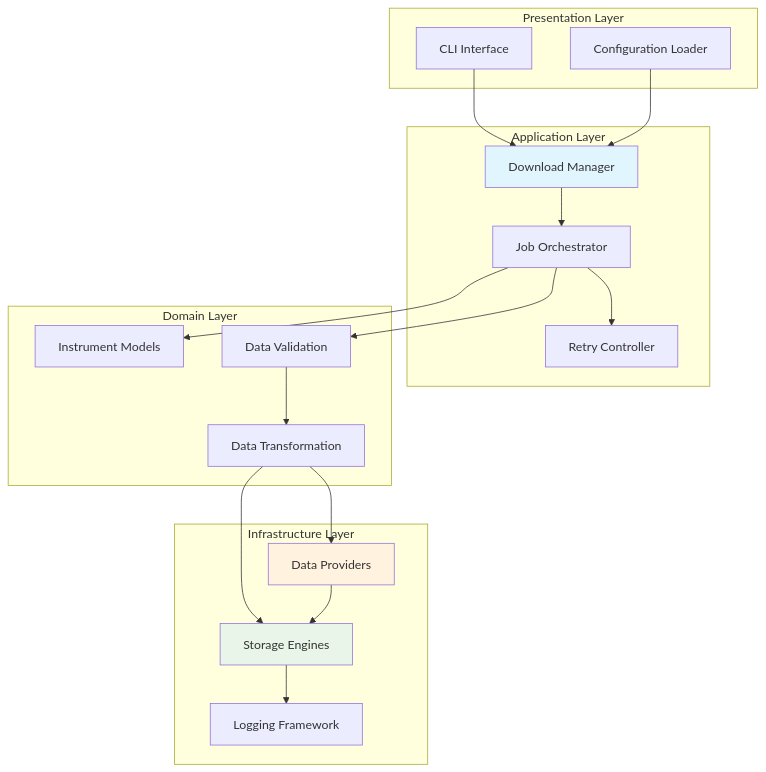
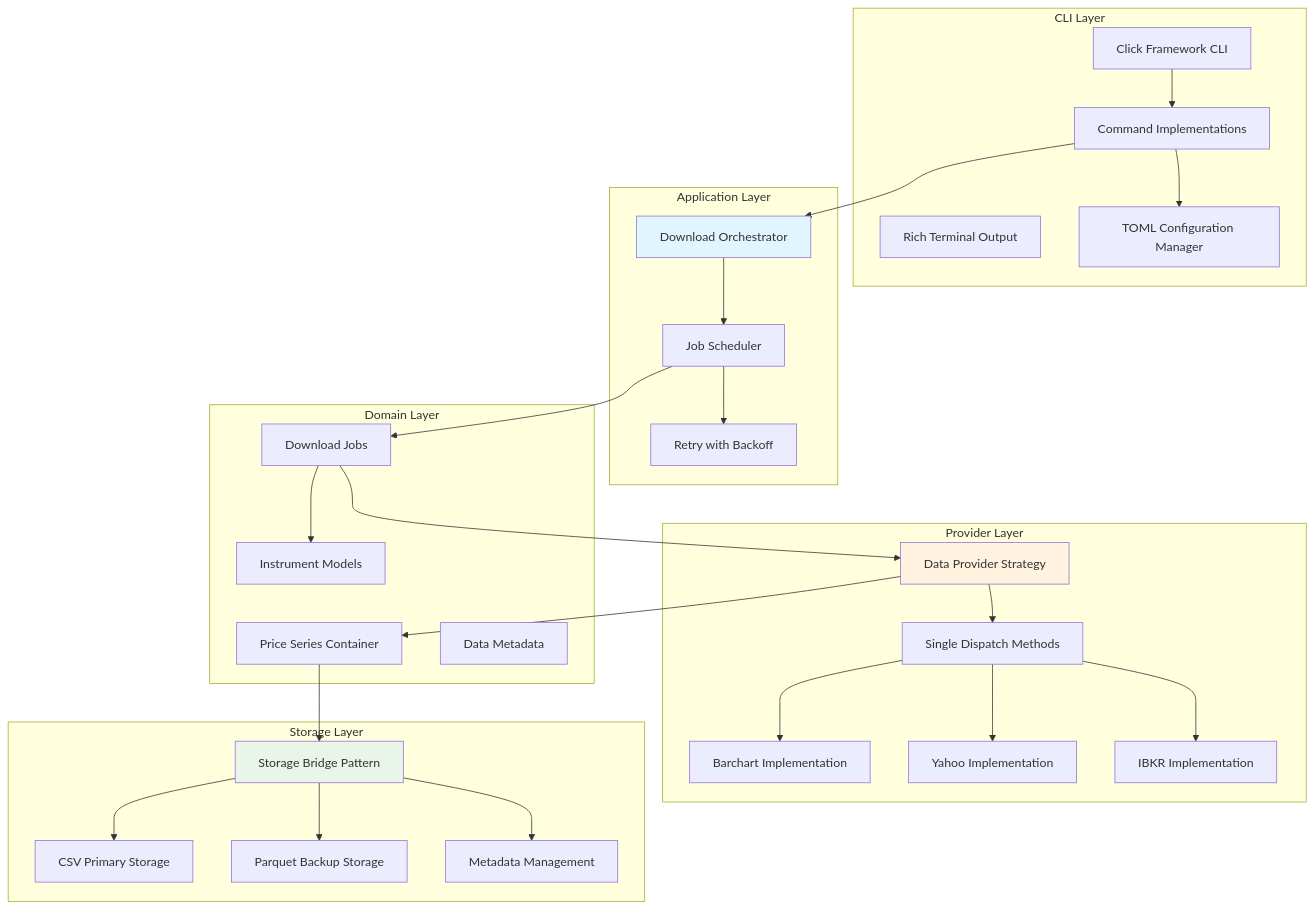
One commit to makutaku/vortex changed the first of 8 diagrams in docs/design/hld/02-component-architecture.md. Above: the diagram before and after it, drawn with Mermaid. The commit also changed other lines of this file, not shown here.

Commit message:
Update component architecture HLD with modern implementation details
- Replace generic architecture with actual Click CLI framework and Rich output
- Update diagrams to show real component relationships and design patterns
- Include TOML configuration manager, single dispatch methods, strategy patterns
- Reflect dual CSV/Parquet storage architecture with bridge pattern
- Update layer organization to match actual codebase structure
- Remove overly complex orchestration not present in implementation

🤖 Generated with [Claude Code](https://claude.ai/code)

````diff
--- a/docs/design/hld/02-component-architecture.md
+++ b/docs/design/hld/02-component-architecture.md
@@ -12,42 +12,59 @@
 ```mermaid
 graph TB
-    subgraph "Presentation Layer"
-        CLI[CLI Interface]
-        Config[Configuration Loader]
+    subgraph "CLI Layer"
+        Click[Click Framework CLI]
+        Rich[Rich Terminal Output]
+        Commands[Command Implementations]
+        ConfigMgr[TOML Configuration Manager]
     end
     
     subgraph "Application Layer"
-        DM[Download Manager]
-        Job[Job Orchestrator]
-        Retry[Retry Controller]
+        Orchestrator[Download Orchestrator]
+        JobScheduler[Job Scheduler]
+        RetryLogic[Retry with Backoff]
     end
     
     subgraph "Domain Layer"
         Instruments[Instrument Models]
-        Validation[Data Validation]
-        Transform[Data Transformation]
+        PriceSeries[Price Series Container]
+        DownloadJobs[Download Jobs]
+        Metadata[Data Metadata]
     end
     
-    subgraph "Infrastructure Layer"
-        Providers[Data Providers]
-        Storage[Storage Engines]
-        Logging[Logging Framework]
+    subgraph "Provider Layer"
+        ProviderStrategy[Data Provider Strategy]
+        SingleDispatch[Single Dispatch Methods]
+        BarchartImpl[Barchart Implementation]
+        YahooImpl[Yahoo Implementation]
+        IBKRImpl[IBKR Implementation]
     end
     
-    CLI --> DM
-    Config --> DM
-    DM --> Job
-    Job --> Retry
-    Job --> Instruments
-    Job --> Validation
-    Validation --> Transform
-    Transform --> Providers
-    Transform --> Storage
+    subgraph "Storage Layer"
+        StorageBridge[Storage Bridge Pattern]
+        CSVStorage[CSV Primary Storage]
+        ParquetStorage[Parquet Backup Storage]
+        MetadataStore[Metadata Management]
+    end
     
-    Providers --> Storage
-    Storage --> Logging
+    Click --> Commands
+    Commands --> ConfigMgr
+    Commands --> Orchestrator
+    Orchestrator --> JobScheduler
+    JobScheduler --> RetryLogic
+    JobScheduler --> DownloadJobs
+    DownloadJobs --> Instruments
+    DownloadJobs --> ProviderStrategy
+    ProviderStrategy --> SingleDispatch
+    SingleDispatch --> BarchartImpl
+    SingleDispatch --> YahooImpl
+    SingleDispatch --> IBKRImpl
+    ProviderStrategy --> PriceSeries
+    PriceSeries --> StorageBridge
+    StorageBridge --> CSVStorage
+    StorageBridge --> ParquetStorage
+    StorageBridge --> MetadataStore
     
-    style DM fill:#e1f5fe
-    style Providers fill:#fff3e0
-    style Storage fill:#e8f5e8
+    style Orchestrator fill:#e1f5fe
+    style ProviderStrategy fill:#fff3e0
+    style StorageBridge fill:#e8f5e8
 ```
````
